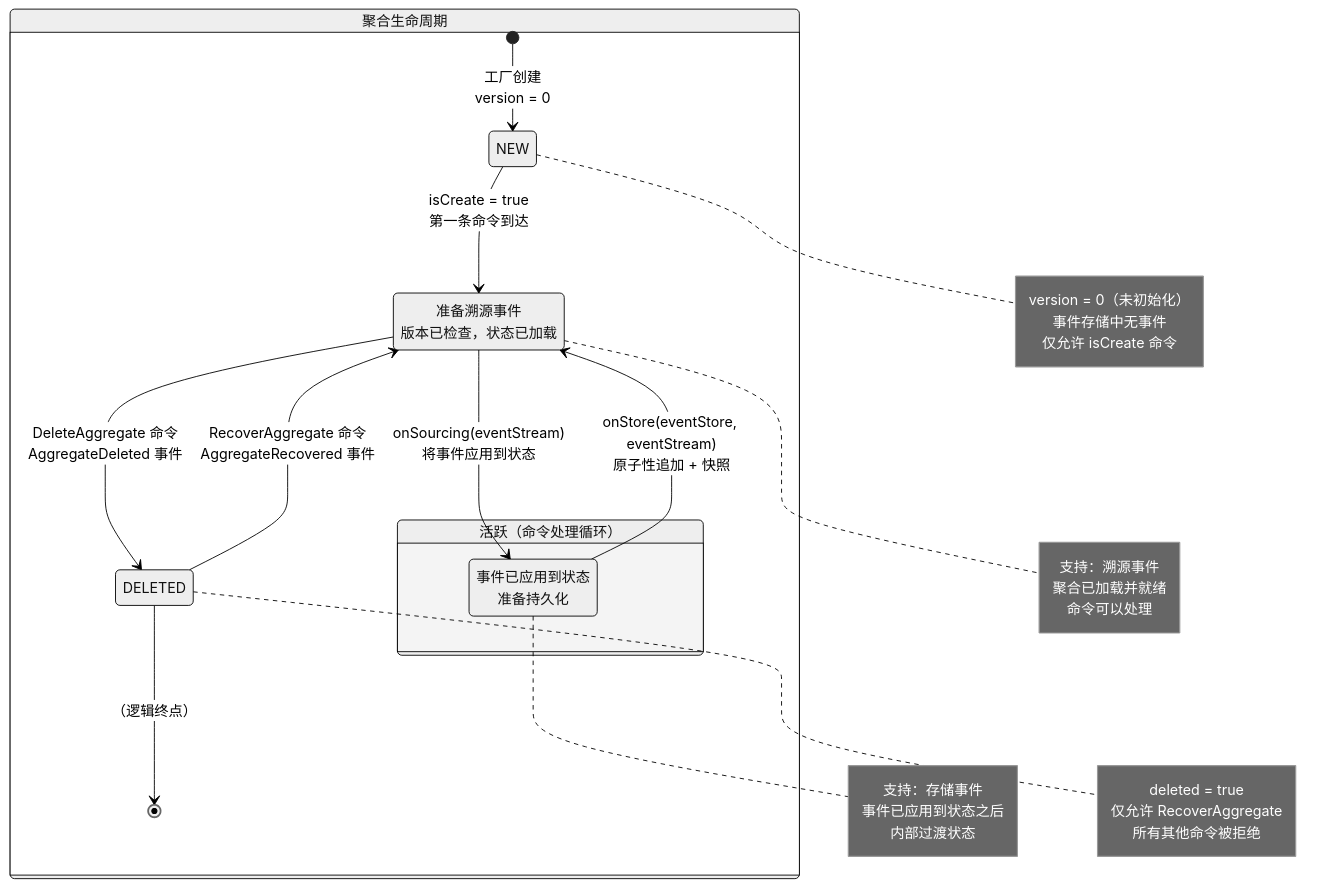
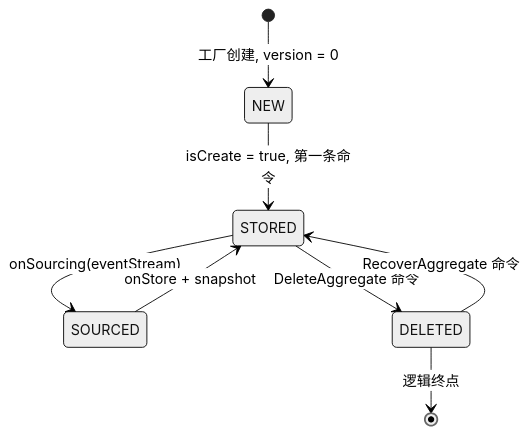
Before and after one commit to Ahoo-Wang/Wow: the first of 4 diagrams in documentation/docs/zh/deep-dive/architecture/aggregate-lifecycle.md, drawn with Mermaid (neutral theme). The commit also changed 7 other files, not shown here.

First line of the commit message:
docs: fix stateDiagram-v2 Mermaid rendering errors

````diff
--- a/documentation/docs/zh/deep-dive/architecture/aggregate-lifecycle.md
+++ b/documentation/docs/zh/deep-dive/architecture/aggregate-lifecycle.md
@@ -29,46 +29,10 @@
 ```mermaid
 stateDiagram-v2
-    direction TB
-
-    state "聚合生命周期" as FullLifecycle {
-        [*] --> NEW : 工厂创建<br>version = 0
-
-        state "活跃（命令处理循环）" as Active {
-            STORED : 准备溯源事件<br>版本已检查，状态已加载
-            SOURCED : 事件已应用到状态<br>准备持久化
-
-            STORED --> SOURCED : onSourcing(eventStream)<br>将事件应用到状态
-            SOURCED --> STORED : onStore(eventStore, eventStream)<br>原子性追加 + 快照
-        }
-
-        NEW --> STORED : isCreate = true<br>第一条命令到达
-        STORED --> DELETED : DeleteAggregate 命令<br>AggregateDeleted 事件
-        DELETED --> STORED : RecoverAggregate 命令<br>AggregateRecovered 事件
-        DELETED --> [*] : （逻辑终点）
-    }
-
-    note right of NEW
-        version = 0（未初始化）
-        事件存储中无事件
-        仅允许 isCreate 命令
-    end note
-
-    note right of STORED
-        支持：溯源事件
-        聚合已加载并就绪
-        命令可以处理
-    end note
-
-    note right of SOURCED
-        支持：存储事件
-        事件已应用到状态之后
-        内部过渡状态
-    end note
-
-    note right of DELETED
-        deleted = true
-        仅允许 RecoverAggregate
-        所有其他命令被拒绝
-    end note
-
+    [*] --> NEW : 工厂创建, version = 0
+    NEW --> STORED : isCreate = true, 第一条命令
+    STORED --> SOURCED : onSourcing(eventStream)
+    SOURCED --> STORED : onStore + snapshot
+    STORED --> DELETED : DeleteAggregate 命令
+    DELETED --> STORED : RecoverAggregate 命令
+    DELETED --> [*] : 逻辑终点
 ```
````
